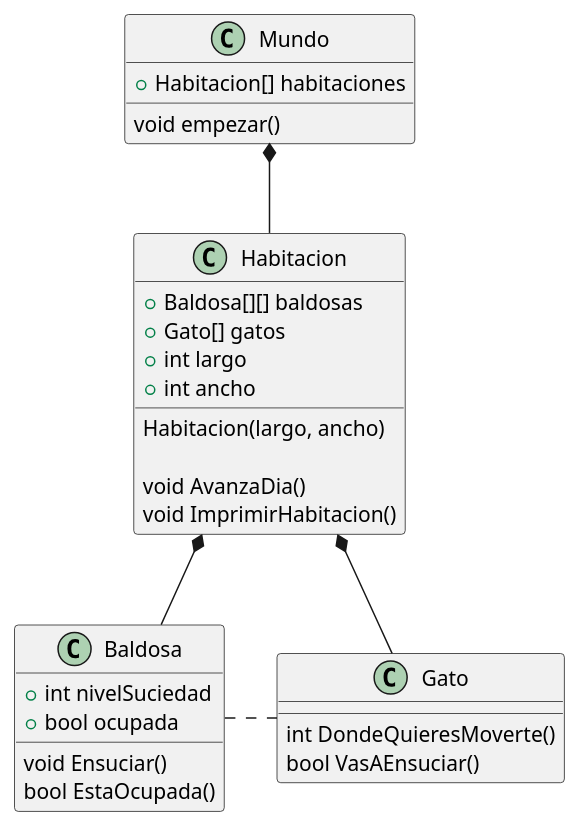
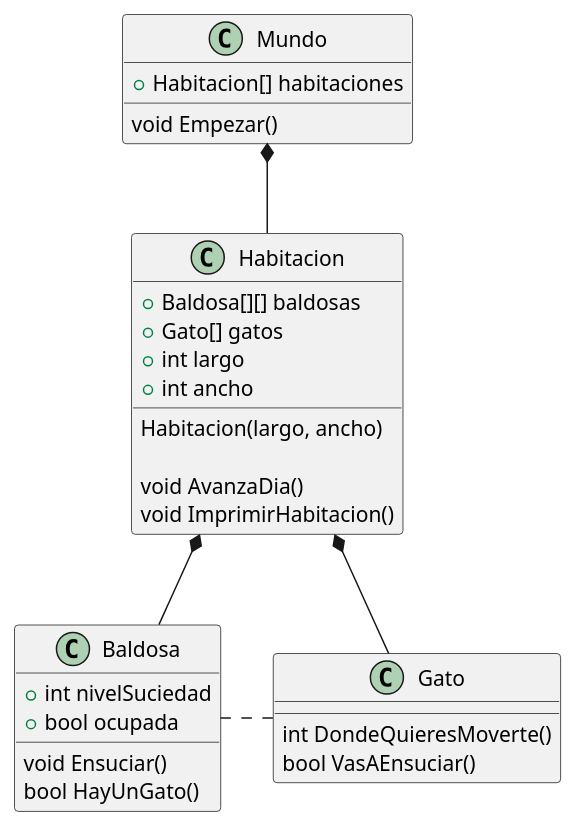
The diagram in theWorld/clases.puml (mmasias/theWorld), drawn with PlantUML before and after one commit. The commit also changed 4 other files, not shown here.

```diff
--- a/theWorld/clases.puml
+++ b/theWorld/clases.puml
@@ -1,44 +1,44 @@
 @startuml Clases
 
 class Mundo{
     +Habitacion[] habitaciones
 
-    void empezar()
+    void Empezar()
 }
 
 
 class Habitacion {
     +Baldosa[][] baldosas
     +Gato[] gatos
     +int largo
     +int ancho
 
     Habitacion(largo, ancho)
 
     void AvanzaDia()
     void ImprimirHabitacion()
 }
 
 class Baldosa {
     +int nivelSuciedad
     +bool ocupada
 
     void Ensuciar()
-    bool EstaOcupada()
+    bool HayUnGato()
 }
 
 
 class Gato {
     int DondeQuieresMoverte()
     bool VasAEnsuciar()
 }
 
 Mundo *-- Habitacion
 Habitacion *-- Baldosa
 Habitacion *-- Gato
 Baldosa .r. Gato
 
 
 
 
 @enduml
```
